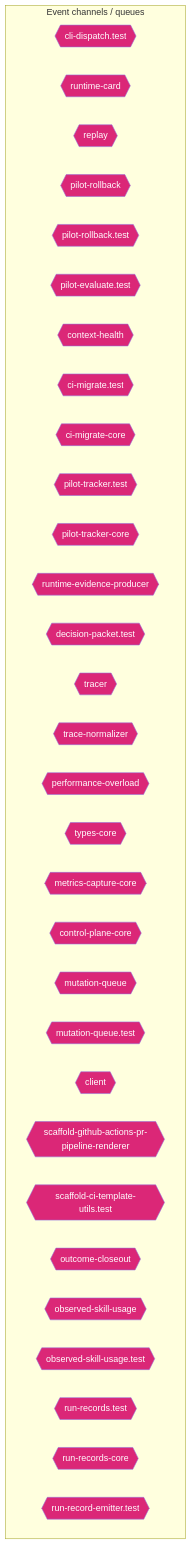
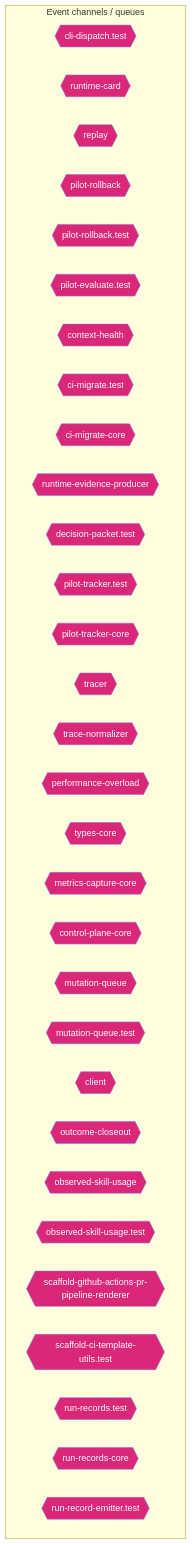
The ninth of 14 diagrams in AI/context/diagram-context.md (jscraik/coding-harness), drawn with Mermaid before and after one commit. The commit also changed other lines of this file and 4 other files, not shown here.

````diff
--- a/AI/context/diagram-context.md
+++ b/AI/context/diagram-context.md
@@ -1642,38 +1665,38 @@
 ```mermaid
 flowchart TD
   subgraph Channels["Event channels / queues"]
     cli_dispatch_test_54c9f17b{{"cli-dispatch.test"}}
     runtime_card_e06b53e1{{"runtime-card"}}
     replay_ac203c98{{"replay"}}
     pilot_rollback_00c1f82c{{"pilot-rollback"}}
     pilot_rollback_test_e61d5a2b{{"pilot-rollback.test"}}
     pilot_evaluate_test_a2ac06fc{{"pilot-evaluate.test"}}
     context_health_80bb7da9{{"context-health"}}
     ci_migrate_test_2a015bb9{{"ci-migrate.test"}}
     ci_migrate_core_7005b5af{{"ci-migrate-core"}}
+    runtime_evidence_producer_ea388cb5{{"runtime-evidence-producer"}}
+    decision_packet_test_9ea0e97b{{"decision-packet.test"}}
     pilot_tracker_test_80398a66{{"pilot-tracker.test"}}
     pilot_tracker_core_80d8ac96{{"pilot-tracker-core"}}
-    runtime_evidence_producer_ea388cb5{{"runtime-evidence-producer"}}
-    decision_packet_test_9ea0e97b{{"decision-packet.test"}}
     tracer_1e6243a2{{"tracer"}}
     trace_normalizer_cb1be1d2{{"trace-normalizer"}}
     performance_overload_c685bfcf{{"performance-overload"}}
     types_core_e405ddca{{"types-core"}}
     metrics_capture_core_db4bf7cf{{"metrics-capture-core"}}
     control_plane_core_db3b4cb2{{"control-plane-core"}}
     mutation_queue_ce5a530e{{"mutation-queue"}}
     mutation_queue_test_10b599e8{{"mutation-queue.test"}}
     client_1_914e1681{{"client"}}
-    scaffold_github_actions_pr_pipeline_renderer_1ee18de5{{"scaffold-github-actions-pr-pipeline-renderer"}}
-    scaffold_ci_template_utils_test_b94825d9{{"scaffold-ci-template-utils.test"}}
     outcome_closeout_ba497ec2{{"outcome-closeout"}}
     observed_skill_usage_ed7d5930{{"observed-skill-usage"}}
     observed_skill_usage_test_311c215a{{"observed-skill-usage.test"}}
+    scaffold_github_actions_pr_pipeline_renderer_1ee18de5{{"scaffold-github-actions-pr-pipeline-renderer"}}
+    scaffold_ci_template_utils_test_b94825d9{{"scaffold-ci-template-utils.test"}}
     run_records_test_3ee6a0e3{{"run-records.test"}}
     run_records_core_89286dfa{{"run-records-core"}}
     run_record_emitter_test_5475c0da{{"run-record-emitter.test"}}
   end
   classDef eventNode fill:#db2777,color:#fff
-  class cli_dispatch_test_54c9f17b,runtime_card_e06b53e1,replay_ac203c98,pilot_rollback_00c1f82c,pilot_rollback_test_e61d5a2b,pilot_evaluate_test_a2ac06fc,context_health_80bb7da9,ci_migrate_test_2a015bb9,ci_migrate_core_7005b5af,pilot_tracker_test_80398a66,pilot_tracker_core_80d8ac96,runtime_evidence_producer_ea388cb5,decision_packet_test_9ea0e97b,tracer_1e6243a2,trace_normalizer_cb1be1d2,performance_overload_c685bfcf,types_core_e405ddca,metrics_capture_core_db4bf7cf,control_plane_core_db3b4cb2,mutation_queue_ce5a530e,mutation_queue_test_10b599e8,client_1_914e1681,scaffold_github_actions_pr_pipeline_renderer_1ee18de5,scaffold_ci_template_utils_test_b94825d9,outcome_closeout_ba497ec2,observed_skill_usage_ed7d5930,observed_skill_usage_test_311c215a,run_records_test_3ee6a0e3,run_records_core_89286dfa,run_record_emitter_test_5475c0da eventNode
+  class cli_dispatch_test_54c9f17b,runtime_card_e06b53e1,replay_ac203c98,pilot_rollback_00c1f82c,pilot_rollback_test_e61d5a2b,pilot_evaluate_test_a2ac06fc,context_health_80bb7da9,ci_migrate_test_2a015bb9,ci_migrate_core_7005b5af,runtime_evidence_producer_ea388cb5,decision_packet_test_9ea0e97b,pilot_tracker_test_80398a66,pilot_tracker_core_80d8ac96,tracer_1e6243a2,trace_normalizer_cb1be1d2,performance_overload_c685bfcf,types_core_e405ddca,metrics_capture_core_db4bf7cf,control_plane_core_db3b4cb2,mutation_queue_ce5a530e,mutation_queue_test_10b599e8,client_1_914e1681,outcome_closeout_ba497ec2,observed_skill_usage_ed7d5930,observed_skill_usage_test_311c215a,scaffold_github_actions_pr_pipeline_renderer_1ee18de5,scaffold_ci_template_utils_test_b94825d9,run_records_test_3ee6a0e3,run_records_core_89286dfa,run_record_emitter_test_5475c0da eventNode
 
 ```
````
